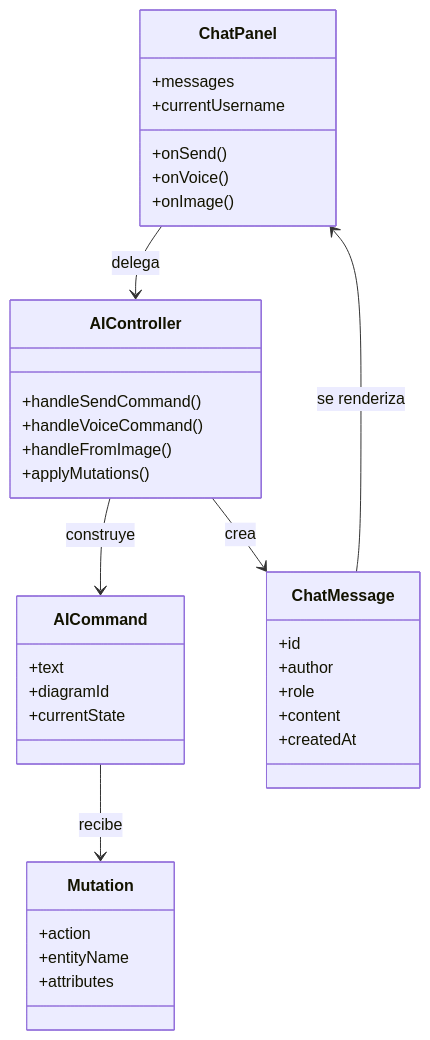
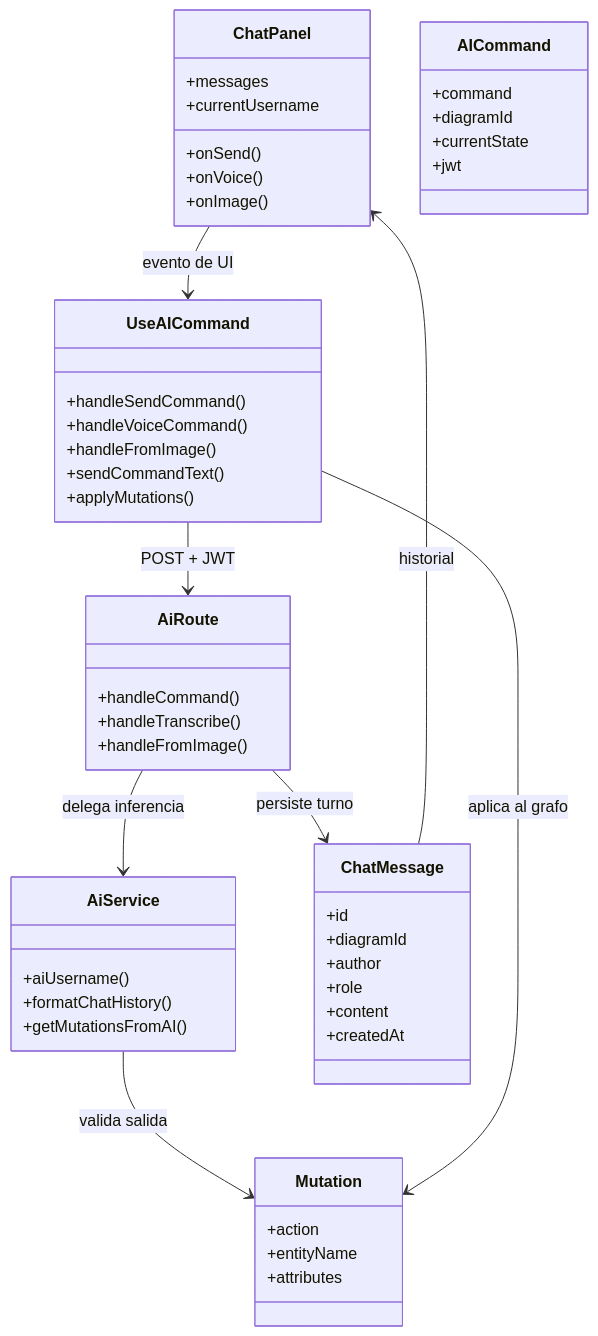
Before and after one commit to juandani11/case-tool-colaborativo: the second of 7 diagrams in Documentacion_Segundo_Parcial/03_Analisis.md, drawn with Mermaid. The commit also changed other lines of this file and 42 other files, not shown here.

Commit message:
Release Final: IA Local (Service Discovery), Patrón Strategy (Groq/Ollama), Fase 3 (Solicitudes), UI/UX Dashboard y Documentación PUDS/UML 100% completa

````diff
--- a/Documentacion_Segundo_Parcial/03_Analisis.md
+++ b/Documentacion_Segundo_Parcial/03_Analisis.md
@@ -174,43 +188,60 @@
 ```mermaid
 classDiagram
     class ChatPanel {
       +messages
       +currentUsername
       +onSend()
       +onVoice()
       +onImage()
     }
 
-    class AIController {
+    class UseAICommand {
       +handleSendCommand()
       +handleVoiceCommand()
       +handleFromImage()
+      +sendCommandText()
       +applyMutations()
+    }
+
+    class AiRoute {
+      +handleCommand()
+      +handleTranscribe()
+      +handleFromImage()
+    }
+
+    class AiService {
+      +aiUsername()
+      +formatChatHistory()
+      +getMutationsFromAI()
     }
 
     class ChatMessage {
       +id
+      +diagramId
       +author
       +role
       +content
       +createdAt
     }
 
     class AICommand {
-      +text
+      +command
       +diagramId
       +currentState
+      +jwt
     }
 
     class Mutation {
       +action
       +entityName
       +attributes
     }
 
-    ChatPanel --> AIController : delega
-    AIController --> AICommand : construye
-    AIController --> ChatMessage : crea
-    AICommand --> Mutation : recibe
-    ChatMessage --> ChatPanel : se renderiza
+    ChatPanel --> UseAICommand : evento de UI
+    UseAICommand --> AiRoute : POST + JWT
+    AiRoute --> AiService : delega inferencia
+    AiRoute --> ChatMessage : persiste turno
+    AiService --> Mutation : valida salida
+    ChatMessage --> ChatPanel : historial
+    UseAICommand --> Mutation : aplica al grafo
 ```
````
